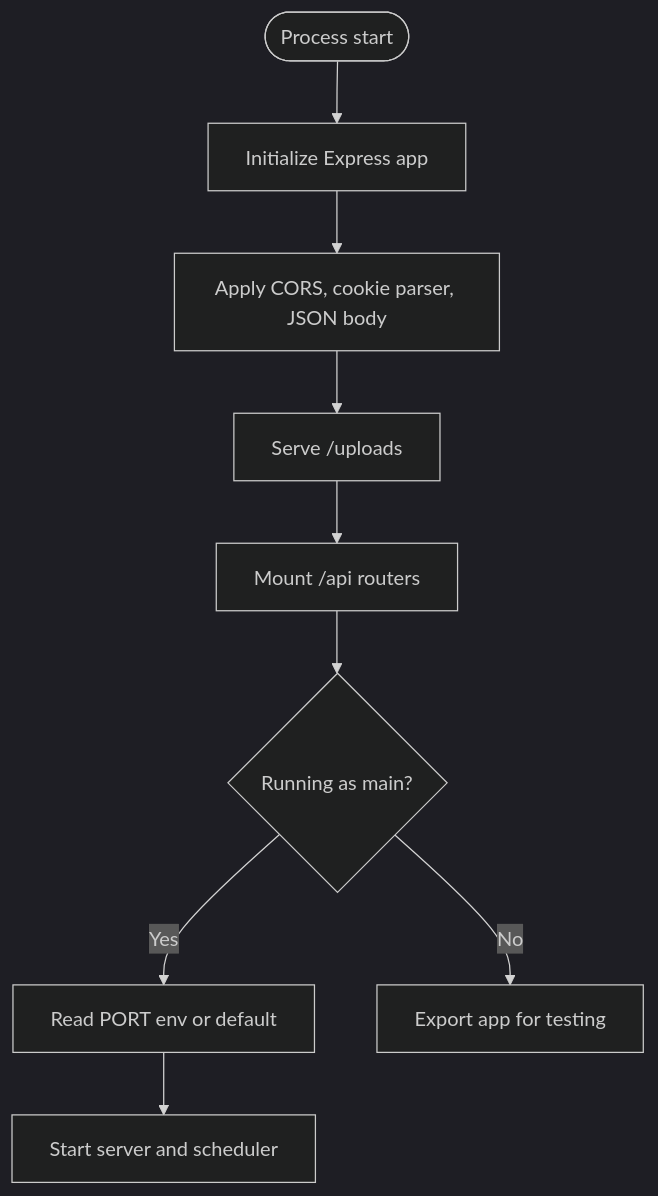
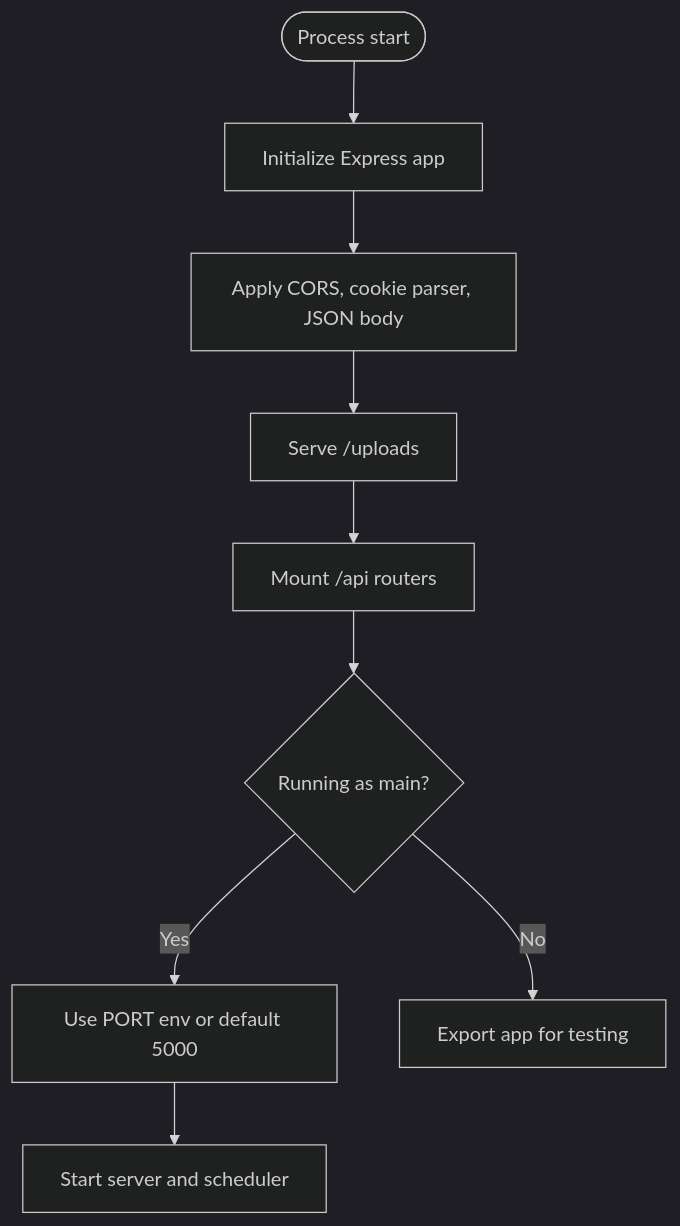
Before and after one commit to ZandileMkontwana/olympiad-portal: the third of 5 diagrams in .qoder/repowiki/en/content/Getting Started.md, drawn with Mermaid (dark theme). The commit also changed other lines of this file and 3 other files, not shown here.

````diff
--- a/.qoder/repowiki/en/content/Getting Started.md
+++ b/.qoder/repowiki/en/content/Getting Started.md
@@ -112,11 +124,11 @@
 ```mermaid
 flowchart TD
 Start(["Process start"]) --> Init["Initialize Express app"]
 Init --> Middleware["Apply CORS, cookie parser, JSON body"]
 Middleware --> Static["Serve /uploads"]
 Static --> Routes["Mount /api routers"]
 Routes --> Listen{"Running as main?"}
-Listen -- Yes --> Port["Read PORT env or default"]
+Listen -- Yes --> Port["Use PORT env or default 5000"]
 Port --> Boot["Start server and scheduler"]
 Listen -- No --> Export["Export app for testing"]
 ```
````
